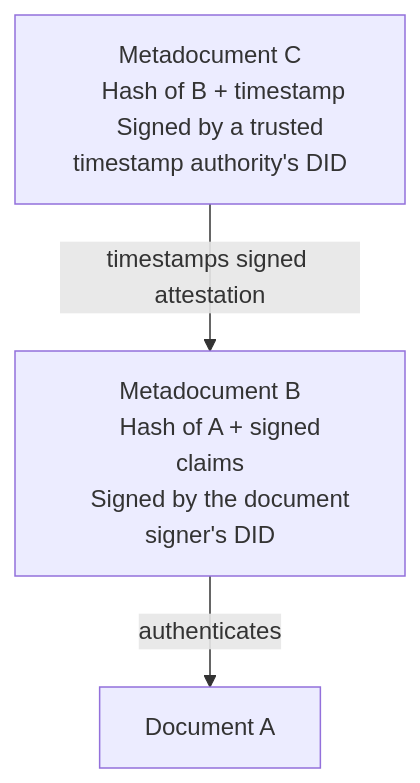
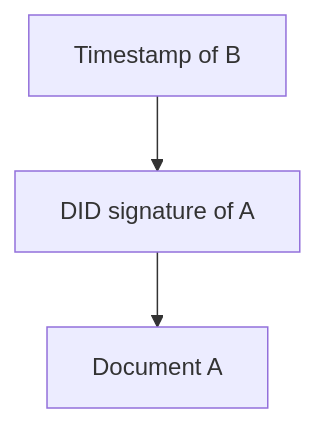
The third of 3 diagrams in todo/sergey/disot.md (functionalscript/functionalscript), drawn with Mermaid before and after one commit. The commit also changed other lines of this file, not shown here.

````diff
--- a/todo/sergey/disot.md
+++ b/todo/sergey/disot.md
@@ -176,15 +76,4 @@
 ```mermaid
 flowchart TD
-    C["Metadocument C
-    Hash of B + timestamp
-    Signed by a trusted timestamp authority's DID"]
-
-    B["Metadocument B
-    Hash of A + signed claims
-    Signed by the document signer's DID"]
-
-    A["Document A"]
-
-    C -->|"timestamps signed attestation"| B
-    B -->|"authenticates"| A
+    C["Timestamp of B"] --> B["DID signature of A"] --> A["Document A"]
 ```
````
